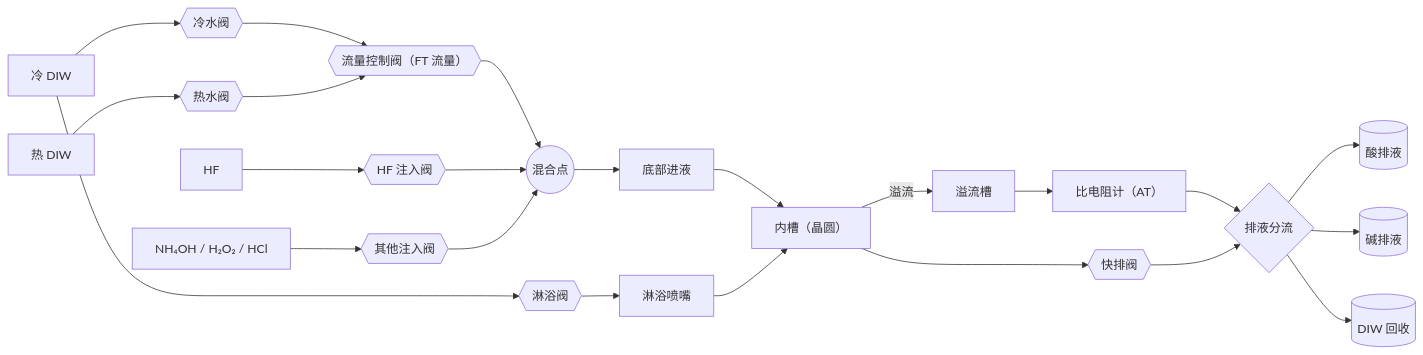
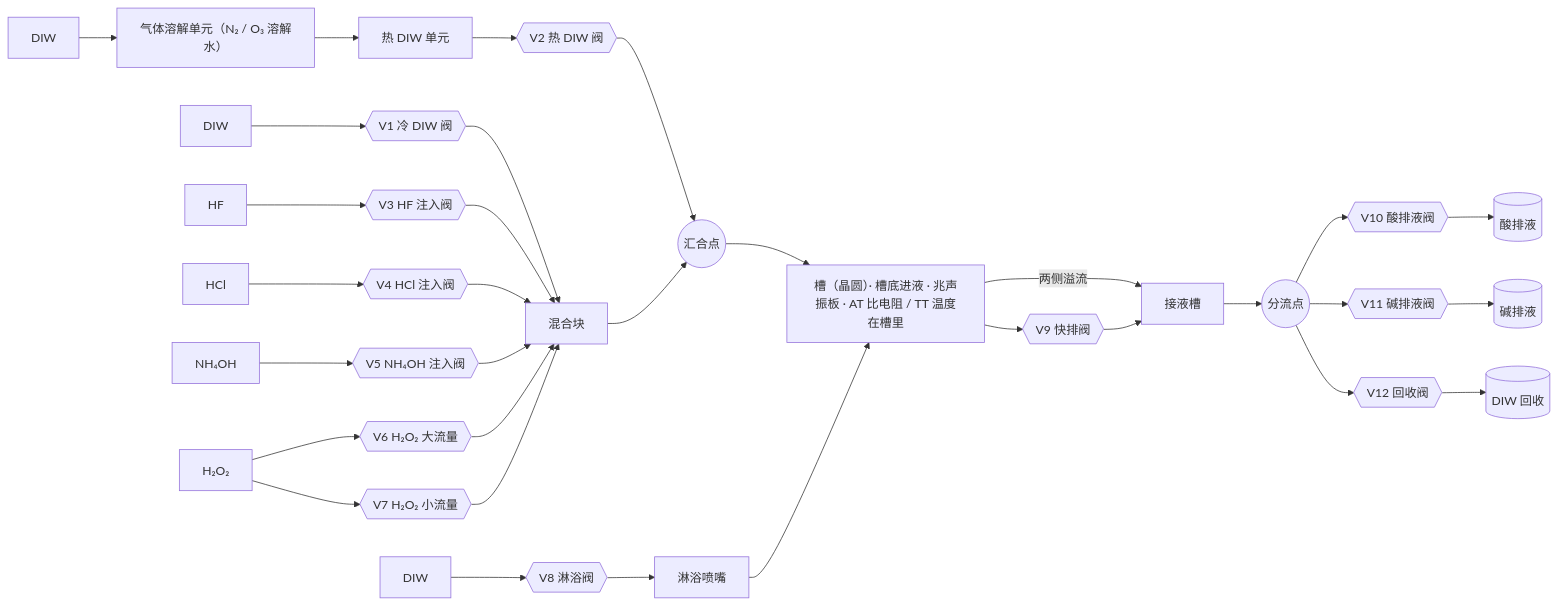
The second of 4 diagrams in docs/管路.md (GuangxianZhu/SEMI-WetBatchCleaner), drawn with Mermaid before and after one commit. The commit also changed other lines of this file and 14 other files, not shown here.

````diff
--- a/docs/管路.md
+++ b/docs/管路.md
@@ -98,15 +100,18 @@
 ```mermaid
 flowchart LR
-  CDIW["冷 DIW"] --> VC{{"冷水阀"}} --> FCV{{"流量控制阀（FT 流量）"}}
-  HDIW["热 DIW"] --> VH{{"热水阀"}} --> FCV
-  FCV --> MIX(("混合点"))
-  HF["HF"] --> VHF{{"HF 注入阀"}} --> MIX
-  NH["NH₄OH / H₂O₂ / HCl"] --> VCH{{"其他注入阀"}} --> MIX
-  MIX --> INL["底部进液"] --> TANK["内槽（晶圆）"]
-  TANK -- "溢流" --> OVF["溢流槽"] --> AT["比电阻计（AT）"] --> SEL{"排液分流"}
-  TANK --> QDR{{"快排阀"}} --> SEL
-  CDIW --> VSH{{"淋浴阀"}} --> SH["淋浴喷嘴"] --> TANK
-  SEL --> ACID[("酸排液")]
-  SEL --> ALK[("碱排液")]
-  SEL --> REC[("DIW 回收")]
+  CDIW["DIW"] --> V1{{"V1 冷 DIW 阀"}} --> MIX["混合块"]
+  HF["HF"] --> V3{{"V3 HF 注入阀"}} --> MIX
+  HCL["HCl"] --> V4{{"V4 HCl 注入阀"}} --> MIX
+  NH["NH₄OH"] --> V5{{"V5 NH₄OH 注入阀"}} --> MIX
+  HP["H₂O₂"] --> V6{{"V6 H₂O₂ 大流量"}} --> MIX
+  HP --> V7{{"V7 H₂O₂ 小流量"}} --> MIX
+  HDIW0["DIW"] --> GDU["气体溶解单元（N₂ / O₃ 溶解水）"] --> HDU["热 DIW 单元"] --> V2{{"V2 热 DIW 阀"}} --> JN(("汇合点"))
+  MIX --> JN --> TANK["槽（晶圆）· 槽底进液 · 兆声振板 · AT 比电阻 / TT 温度在槽里"]
+  SDIW["DIW"] --> V8{{"V8 淋浴阀"}} --> NOZ["淋浴喷嘴"] --> TANK
+  TANK -- "两侧溢流" --> PAN["接液槽"]
+  TANK --> V9{{"V9 快排阀"}} --> PAN
+  PAN --> JD(("分流点"))
+  JD --> V10{{"V10 酸排液阀"}} --> ACID[("酸排液")]
+  JD --> V11{{"V11 碱排液阀"}} --> ALK[("碱排液")]
+  JD --> V12{{"V12 回收阀"}} --> REC[("DIW 回收")]
 ```
````
